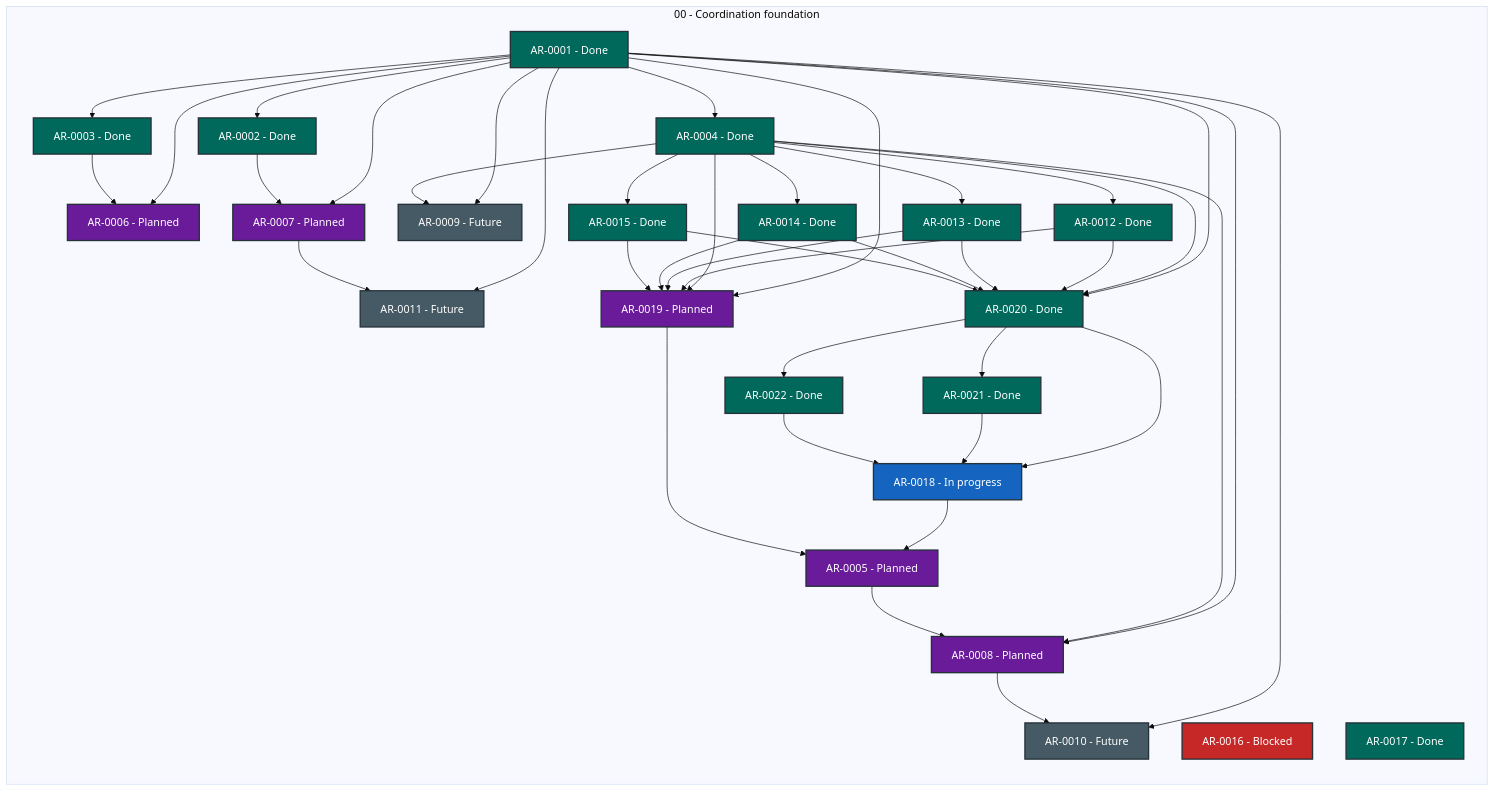
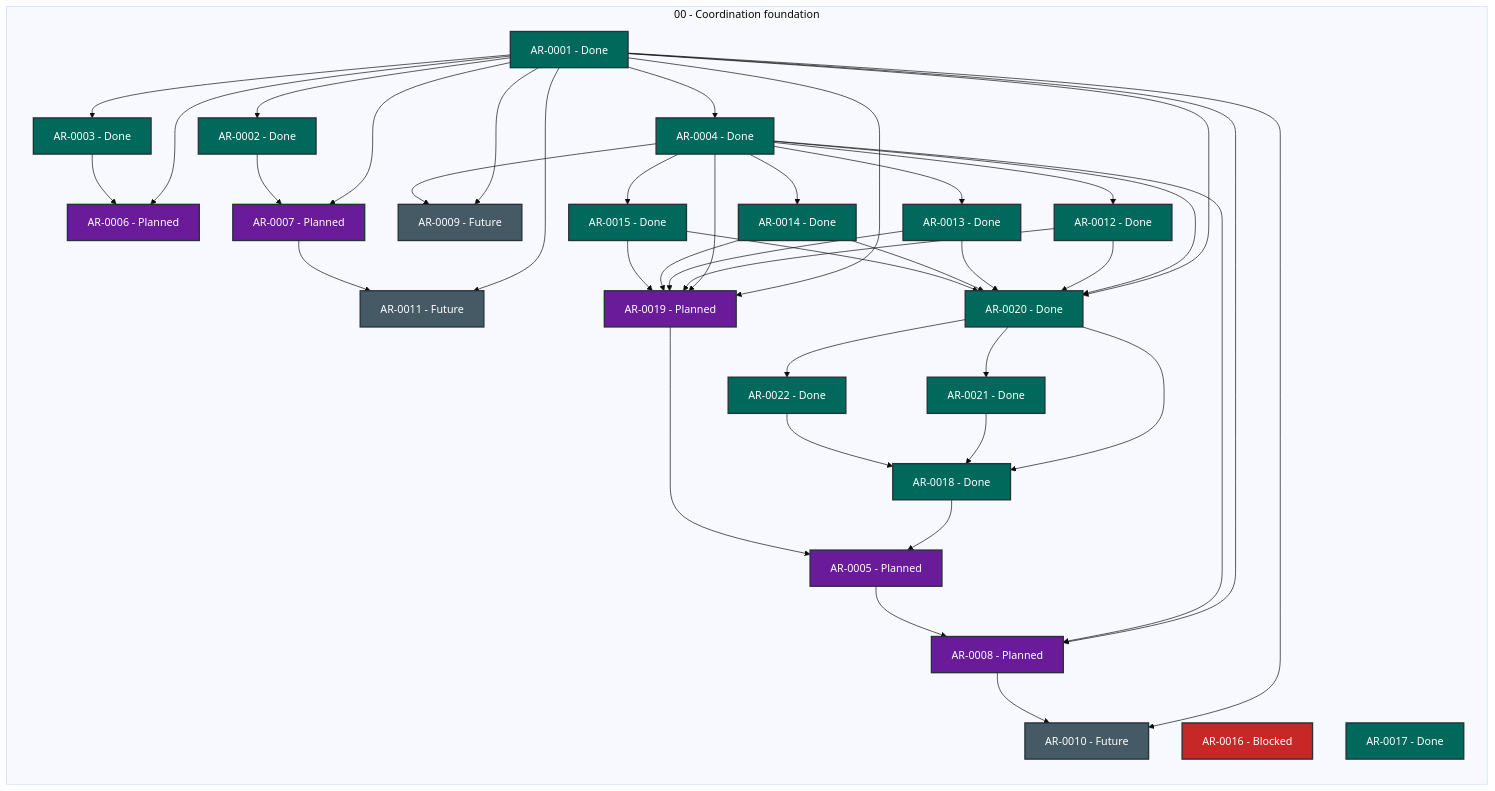
The diagram in STATUS.md (martin-beck/agent-workflow-quality-state), drawn with Mermaid (base theme) before and after one commit. The commit also changed other lines of this file and 2 other files, not shown here.

````diff
--- a/STATUS.md
+++ b/STATUS.md
@@ -27,75 +27,75 @@
 ```mermaid
 flowchart LR
     subgraph series_00["00 - Coordination foundation"]
         direction TB
         AR_0001["AR-0001 - Done"]:::status_done
         AR_0002["AR-0002 - Done"]:::status_done
         AR_0003["AR-0003 - Done"]:::status_done
         AR_0004["AR-0004 - Done"]:::status_done
         AR_0005["AR-0005 - Planned"]:::status_planned
         AR_0006["AR-0006 - Planned"]:::status_planned
         AR_0007["AR-0007 - Planned"]:::status_planned
         AR_0008["AR-0008 - Planned"]:::status_planned
         AR_0009["AR-0009 - Future"]:::status_future
         AR_0010["AR-0010 - Future"]:::status_future
         AR_0011["AR-0011 - Future"]:::status_future
         AR_0012["AR-0012 - Done"]:::status_done
         AR_0013["AR-0013 - Done"]:::status_done
         AR_0014["AR-0014 - Done"]:::status_done
         AR_0015["AR-0015 - Done"]:::status_done
         AR_0016["AR-0016 - Blocked"]:::status_blocked
         AR_0017["AR-0017 - Done"]:::status_done
-        AR_0018["AR-0018 - In progress"]:::status_in_progress
+        AR_0018["AR-0018 - Done"]:::status_done
         AR_0019["AR-0019 - Planned"]:::status_planned
         AR_0020["AR-0020 - Done"]:::status_done
         AR_0021["AR-0021 - Done"]:::status_done
         AR_0022["AR-0022 - Done"]:::status_done
     end
     AR_0001 --> AR_0002
     AR_0001 --> AR_0003
     AR_0001 --> AR_0004
     AR_0001 --> AR_0006
     AR_0001 --> AR_0007
     AR_0001 --> AR_0008
     AR_0001 --> AR_0009
     AR_0001 --> AR_0010
     AR_0001 --> AR_0011
     AR_0001 --> AR_0019
     AR_0001 --> AR_0020
     AR_0002 --> AR_0007
     AR_0003 --> AR_0006
     AR_0004 --> AR_0008
     AR_0004 --> AR_0009
     AR_0004 --> AR_0012
     AR_0004 --> AR_0013
     AR_0004 --> AR_0014
     AR_0004 --> AR_0015
     AR_0004 --> AR_0019
     AR_0004 --> AR_0020
     AR_0005 --> AR_0008
     AR_0007 --> AR_0011
     AR_0008 --> AR_0010
     AR_0012 --> AR_0019
     AR_0012 --> AR_0020
     AR_0013 --> AR_0019
     AR_0013 --> AR_0020
     AR_0014 --> AR_0019
     AR_0014 --> AR_0020
     AR_0015 --> AR_0019
     AR_0015 --> AR_0020
     AR_0018 --> AR_0005
     AR_0019 --> AR_0005
     AR_0020 --> AR_0018
     AR_0020 --> AR_0021
     AR_0020 --> AR_0022
     AR_0021 --> AR_0018
     AR_0022 --> AR_0018
     classDef status_in_progress fill:#1565c0,color:#ffffff,stroke:#263238,stroke-width:2px
     classDef status_open fill:#2e7d32,color:#ffffff,stroke:#263238,stroke-width:2px
     classDef status_blocked fill:#c62828,color:#ffffff,stroke:#263238,stroke-width:2px
     classDef status_planned fill:#6a1b9a,color:#ffffff,stroke:#263238,stroke-width:2px
     classDef status_future fill:#455a64,color:#ffffff,stroke:#263238,stroke-width:2px
     classDef status_done fill:#00695c,color:#ffffff,stroke:#263238,stroke-width:2px
     classDef status_cancelled fill:#616161,color:#ffffff,stroke:#263238,stroke-width:2px
     classDef status_superseded fill:#5d4037,color:#ffffff,stroke:#263238,stroke-width:2px
 ```
````
